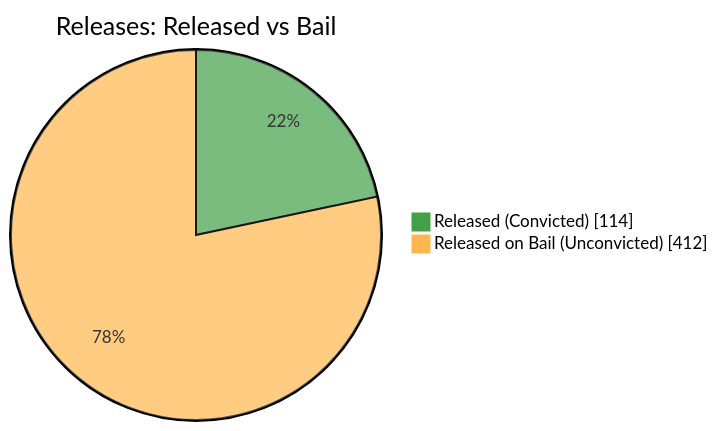
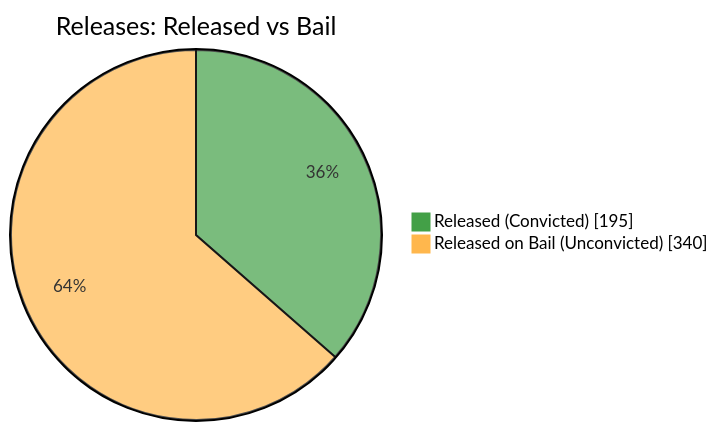
The fifth of 7 diagrams in README.md (nuuuwan/lk_prisons), drawn with Mermaid before and after one commit. The commit also changed other lines of this file and 1 other file, not shown here.

````diff
--- a/README.md
+++ b/README.md
@@ -87,6 +87,6 @@
 ```mermaid
 %%{init: {'themeVariables': {'pie1': '#43A047', 'pie2': '#FFB74D'}}}%%
 pie showData title Releases: Released vs Bail
-    "Released (Convicted)" : 114
-    "Released on Bail (Unconvicted)" : 412
+    "Released (Convicted)" : 195
+    "Released on Bail (Unconvicted)" : 340
 ```
````
